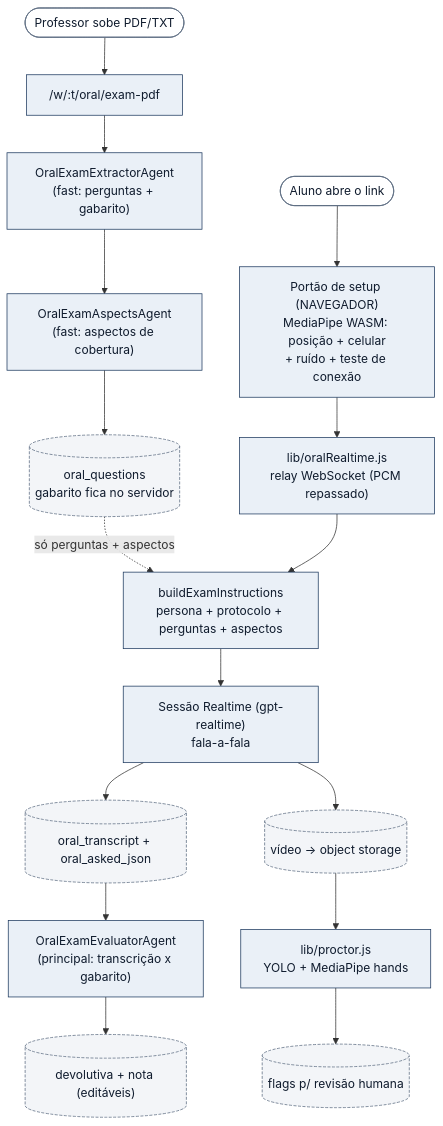
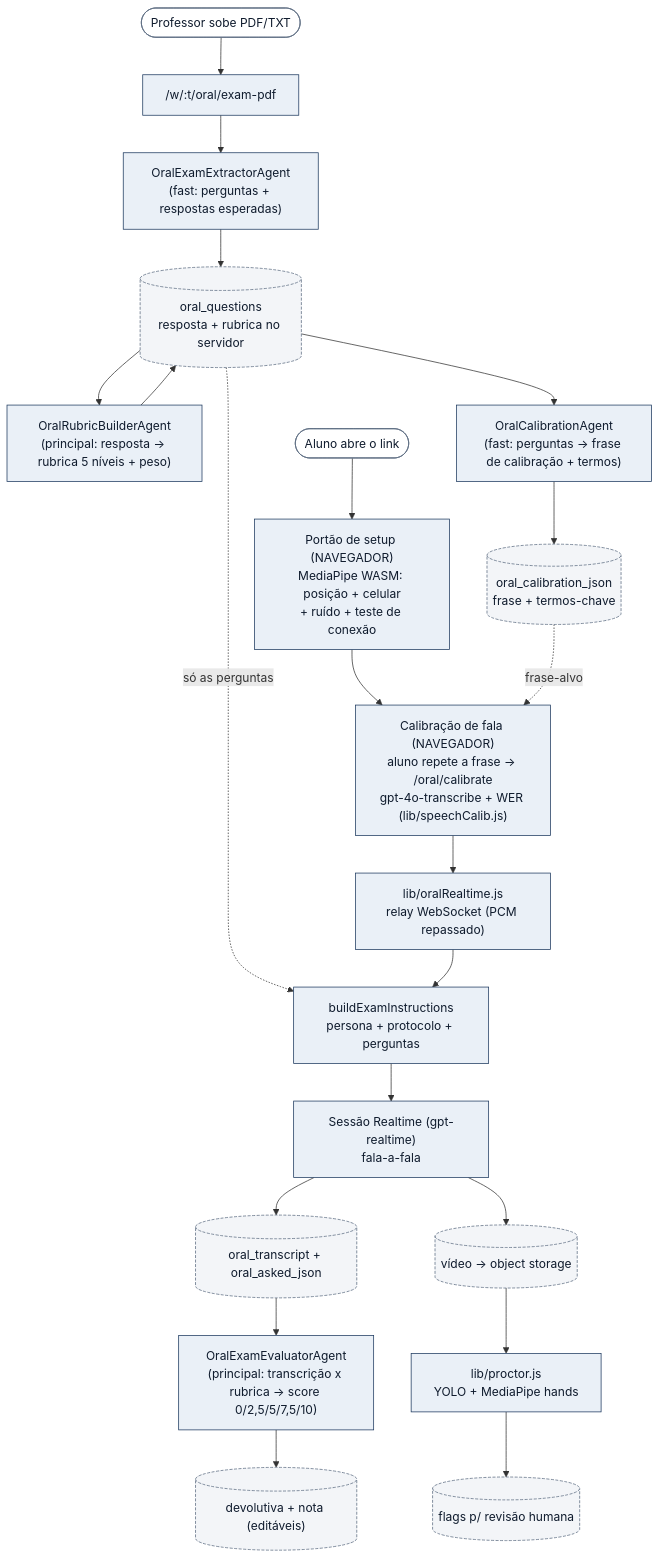
One commit to gladsjr/super-ta changed the fourth of 4 diagrams in docs/architecture.md. Above: the diagram before and after it, drawn with Mermaid. The commit also changed other lines of this file and 36 other files, not shown here.

First line of the commit message:
Prova oral: rubrica por questão, calibração de fala e encerramento robusto (+ convergência oral↔entrevista) (#84)

````diff
--- a/docs/architecture.md
+++ b/docs/architecture.md
@@ -266,39 +269,46 @@
 ```mermaid
 flowchart TD
-  %% PROFESSOR: sobe a prova → extrai perguntas + aspectos.
+  %% PROFESSOR: sobe a prova → extrai perguntas + respostas → gera rubricas.
   ExamUp([Professor sobe PDF/TXT]) --> ExamPdf["/w/:t/oral/exam-pdf"]
-  ExamPdf --> Extractor["OralExamExtractorAgent<br/>(fast: perguntas + gabarito)"]
-  Extractor --> Aspects["OralExamAspectsAgent<br/>(fast: aspectos de cobertura)"]
-  Aspects --> Questions[("oral_questions<br/>gabarito fica no servidor")]
+  ExamPdf --> Extractor["OralExamExtractorAgent<br/>(fast: perguntas + respostas esperadas)"]
+  Extractor --> Questions[("oral_questions<br/>resposta + rubrica no servidor")]
+  Questions --> RubricGen["OralRubricBuilderAgent<br/>(principal: resposta → rubrica 5 níveis + peso)"]
+  RubricGen --> Questions
+  Questions --> CalibGen["OralCalibrationAgent<br/>(fast: perguntas → frase de calibração + termos)"]
+  CalibGen --> Calib[("oral_calibration_json<br/>frase + termos-chave")]
 
-  %% ALUNO: consentimento → portão no NAVEGADOR → relay Realtime.
+  %% ALUNO: consentimento → portão no NAVEGADOR → calibração de fala → relay Realtime.
   StuStart([Aluno abre o link]) --> Setup["Portão de setup (NAVEGADOR)<br/>MediaPipe WASM: posição + celular<br/>+ ruído + teste de conexão"]
-  Setup --> Relay["lib/oralRealtime.js<br/>relay WebSocket (PCM repassado)"]
-  Questions -.->|"só perguntas + aspectos"| BuildInstr
-  Relay --> BuildInstr["buildExamInstructions<br/>persona + protocolo + perguntas + aspectos"]
+  Setup --> Calibrate["Calibração de fala (NAVEGADOR)<br/>aluno repete a frase → /oral/calibrate<br/>gpt-4o-transcribe + WER (lib/speechCalib.js)"]
+  Calib -.->|"frase-alvo"| Calibrate
+  Calibrate --> Relay["lib/oralRealtime.js<br/>relay WebSocket (PCM repassado)"]
+  Questions -.->|"só as perguntas"| BuildInstr
+  Relay --> BuildInstr["buildExamInstructions<br/>persona + protocolo + perguntas"]
   BuildInstr --> RT["Sessão Realtime (gpt-realtime)<br/>fala-a-fala"]
   RT --> Transcript[("oral_transcript + oral_asked_json")]
   RT --> Video[("vídeo → object storage")]
 
   %% PÓS-PROVA: avaliação + proctoring (lote, com streaming NDJSON).
-  Transcript --> Evaluator["OralExamEvaluatorAgent<br/>(principal: transcrição x gabarito)"]
+  Transcript --> Evaluator["OralExamEvaluatorAgent<br/>(principal: transcrição x rubrica → score 0/2,5/5/7,5/10)"]
   Evaluator --> Devol[("devolutiva + nota (editáveis)")]
   Video --> Proctor["lib/proctor.js<br/>YOLO + MediaPipe hands"]
   Proctor --> Flags[("flags p/ revisão humana")]
 
   classDef agent fill:#eaf0f7,stroke:#1e3a5f,color:#0f1b2d;
   classDef state fill:#f3f5f8,stroke:#5a6b80,color:#0f1b2d,stroke-dasharray: 4 2;
   classDef entry fill:#ffffff,stroke:#5a6b80,color:#0f1b2d;
-  class ExamPdf,Extractor,Aspects,Setup,Relay,BuildInstr,RT,Evaluator,Proctor agent
-  class Questions,Transcript,Video,Devol,Flags state
+  class ExamPdf,Extractor,RubricGen,CalibGen,Setup,Calibrate,Relay,BuildInstr,RT,Evaluator,Proctor agent
+  class Questions,Transcript,Video,Devol,Flags,Calib state
   class ExamUp,StuStart entry
 
   click ExamPdf "vscode://file/c:/Users/glads/src/super-ta/routes/oralExam.js" "Handler /oral/exam-pdf (PDF ou TXT)"
-  click Extractor "vscode://file/c:/Users/glads/src/super-ta/agents/OralExamExtractorAgent.js:33" "systemPrompt do OralExamExtractorAgent"
-  click Aspects "vscode://file/c:/Users/glads/src/super-ta/agents/OralExamAspectsAgent.js" "OralExamAspectsAgent"
+  click Extractor "vscode://file/c:/Users/glads/src/super-ta/agents/OralExamExtractorAgent.js" "SYS do OralExamExtractorAgent"
+  click RubricGen "vscode://file/c:/Users/glads/src/super-ta/agents/OralRubricBuilderAgent.js" "systemPromptBody do OralRubricBuilderAgent"
+  click CalibGen "vscode://file/c:/Users/glads/src/super-ta/agents/OralCalibrationAgent.js" "systemPromptBody do OralCalibrationAgent"
+  click Calibrate "vscode://file/c:/Users/glads/src/super-ta/routes/oralExam.js" "Handler /oral/calibrate (pontuação em lib/speechCalib.js)"
   click Relay "vscode://file/c:/Users/glads/src/super-ta/lib/oralRealtime.js" "attachOralRelay (relay WebSocket)"
   click BuildInstr "vscode://file/c:/Users/glads/src/super-ta/lib/oralRealtime.js" "buildExamInstructions"
   click RT "vscode://file/c:/Users/glads/src/super-ta/lib/oralRealtime.js" "Sessão Realtime"
-  click Evaluator "vscode://file/c:/Users/glads/src/super-ta/agents/OralExamEvaluatorAgent.js:33" "systemPrompt do OralExamEvaluatorAgent"
+  click Evaluator "vscode://file/c:/Users/glads/src/super-ta/agents/OralExamEvaluatorAgent.js" "SYS do OralExamEvaluatorAgent"
   click Proctor "vscode://file/c:/Users/glads/src/super-ta/lib/proctor.js" "analyzeOralVideo (proctoring de vídeo)"
 ```
````
